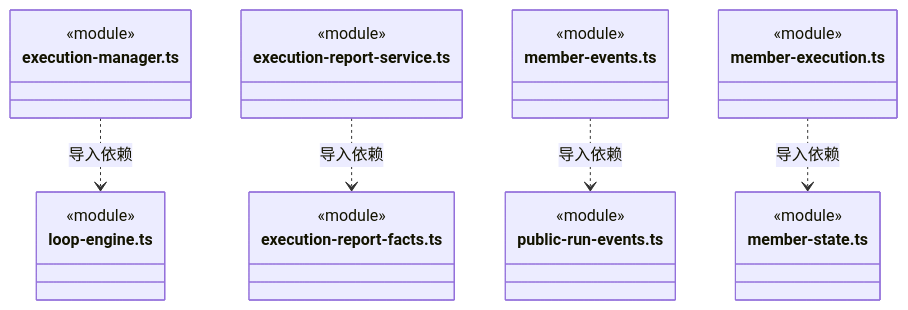
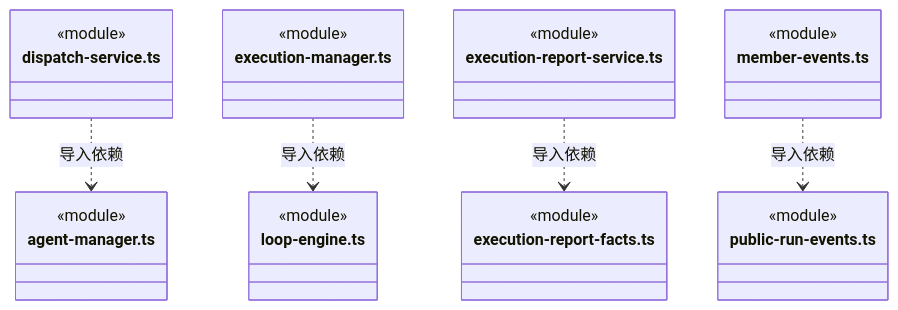
Before and after one commit to nan023062/cbim: diagram 31 of 36 in src/backend/scheduler-engine/execution/ARCHITECTURE.md, drawn with Mermaid. The commit also changed other lines of this file and 65 other files, not shown here.

````diff
--- a/src/backend/scheduler-engine/execution/ARCHITECTURE.md
+++ b/src/backend/scheduler-engine/execution/ARCHITECTURE.md
@@ -760,31 +833,31 @@
 ```mermaid
 classDiagram
+class N_src_backend_scheduler_engine_execution_dispatch_service_ts["dispatch-service.ts"] {
+  <<module>>
+}
+class N_src_backend_scheduler_engine_execution_agent_manager_ts["agent-manager.ts"] {
+  <<module>>
+}
 class N_src_backend_scheduler_engine_execution_execution_manager_ts["execution-manager.ts"] {
   <<module>>
 }
 class N_src_backend_scheduler_engine_execution_loop_engine_ts["loop-engine.ts"] {
   <<module>>
 }
 class N_src_backend_scheduler_engine_execution_execution_report_service_ts["execution-report-service.ts"] {
   <<module>>
 }
 class N_src_backend_scheduler_engine_execution_execution_report_facts_ts["execution-report-facts.ts"] {
   <<module>>
 }
 class N_src_backend_scheduler_engine_execution_member_events_ts["member-events.ts"] {
   <<module>>
 }
 class N_src_backend_scheduler_engine_execution_public_run_events_ts["public-run-events.ts"] {
   <<module>>
 }
-class N_src_backend_scheduler_engine_execution_member_execution_ts["member-execution.ts"] {
-  <<module>>
-}
-class N_src_backend_scheduler_engine_execution_member_state_ts["member-state.ts"] {
-  <<module>>
-}
+N_src_backend_scheduler_engine_execution_dispatch_service_ts ..> N_src_backend_scheduler_engine_execution_agent_manager_ts : 导入依赖
 N_src_backend_scheduler_engine_execution_execution_manager_ts ..> N_src_backend_scheduler_engine_execution_loop_engine_ts : 导入依赖
 N_src_backend_scheduler_engine_execution_execution_report_service_ts ..> N_src_backend_scheduler_engine_execution_execution_report_facts_ts : 导入依赖
 N_src_backend_scheduler_engine_execution_member_events_ts ..> N_src_backend_scheduler_engine_execution_public_run_events_ts : 导入依赖
-N_src_backend_scheduler_engine_execution_member_execution_ts ..> N_src_backend_scheduler_engine_execution_member_state_ts : 导入依赖
 ```
````
